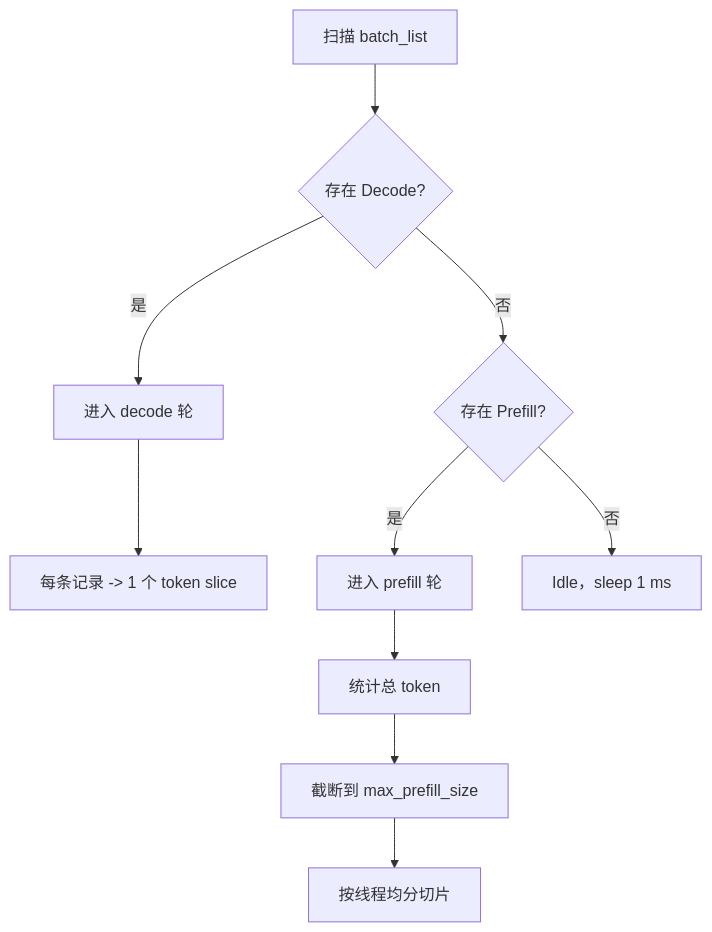
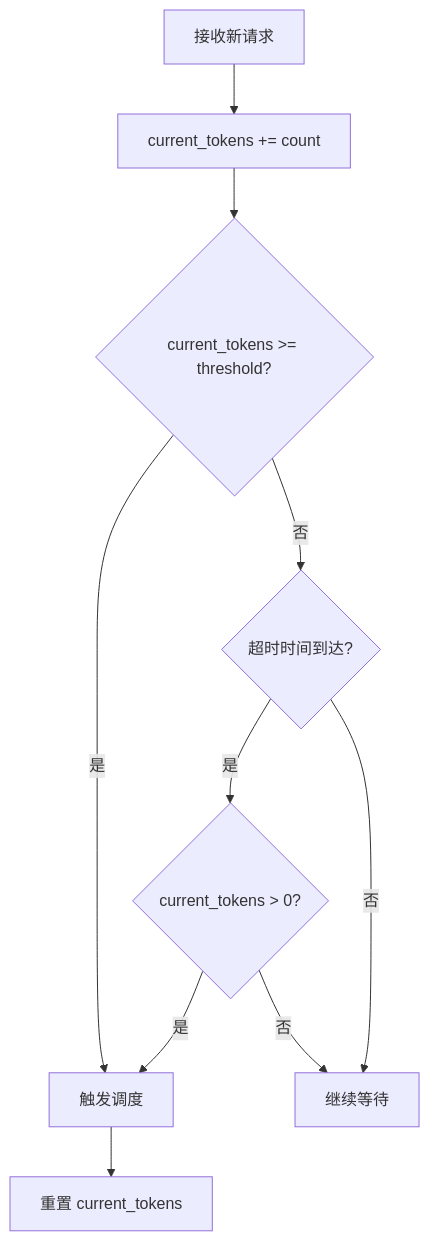
The fifth of 9 diagrams in docs/zh-CN/runtime/schedule.md (lucienhuangfu/eLLM), drawn with Mermaid before and after one commit. The commit also changed other lines of this file and 19 other files, not shown here.

````diff
--- a/docs/zh-CN/runtime/schedule.md
+++ b/docs/zh-CN/runtime/schedule.md
@@ -228,12 +261,12 @@
 ```mermaid
 flowchart TD
-    A[扫描 batch_list] --> B{存在 Decode?}
-    B -->|是| C[进入 decode 轮]
-    C --> D[每条记录 -> 1 个 token slice]
-    B -->|否| E{存在 Prefill?}
-    E -->|是| F[进入 prefill 轮]
-    F --> G[统计总 token]
-    G --> H[截断到 max_prefill_size]
-    H --> I[按线程均分切片]
-    E -->|否| J[Idle，sleep 1 ms]
+    A[接收新请求] --> B[current_tokens += count]
+    B --> C{current_tokens >= threshold?}
+    C -->|是| D[触发调度]
+    C -->|否| E{超时时间到达?}
+    E -->|是| F{current_tokens > 0?}
+    F -->|是| D
+    F -->|否| G[继续等待]
+    E -->|否| G
+    D --> H[重置 current_tokens]
 ```
````
